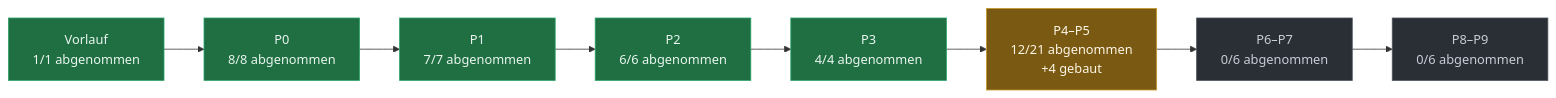
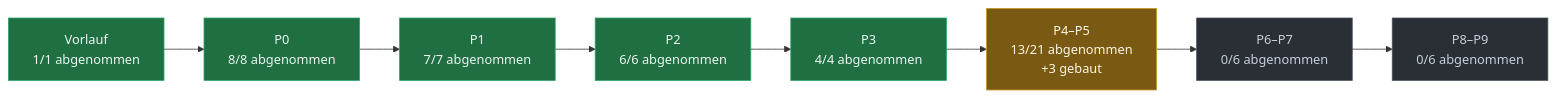
One commit to evenacadia-tech/Nakama changed the diagram in docs/PLAN-STAND.md. Above: the diagram before and after it, drawn with Mermaid. The commit also changed other lines of this file and 5 other files, not shown here.

````diff
--- a/docs/PLAN-STAND.md
+++ b/docs/PLAN-STAND.md
@@ -37,21 +40,21 @@
 ```mermaid
 flowchart LR
   P0["Vorlauf<br/>1/1 abgenommen"]:::fertig
   P1["P0<br/>8/8 abgenommen"]:::fertig
   P0 --> P1
   P2["P1<br/>7/7 abgenommen"]:::fertig
   P1 --> P2
   P3["P2<br/>6/6 abgenommen"]:::fertig
   P2 --> P3
   P4["P3<br/>4/4 abgenommen"]:::fertig
   P3 --> P4
-  P5["P4–P5<br/>12/21 abgenommen<br/>+4 gebaut"]:::laeuft
+  P5["P4–P5<br/>13/21 abgenommen<br/>+3 gebaut"]:::laeuft
   P4 --> P5
   P6["P6–P7<br/>0/6 abgenommen"]:::offen
   P5 --> P6
   P7["P8–P9<br/>0/6 abgenommen"]:::offen
   P6 --> P7
   classDef fertig fill:#1f6f43,stroke:#2ea36a,color:#eaf6ef
   classDef laeuft fill:#7a5a12,stroke:#c99a2e,color:#fdf6e6
   classDef offen  fill:#2a2f36,stroke:#4a525c,color:#c7ced8
 ```
````
